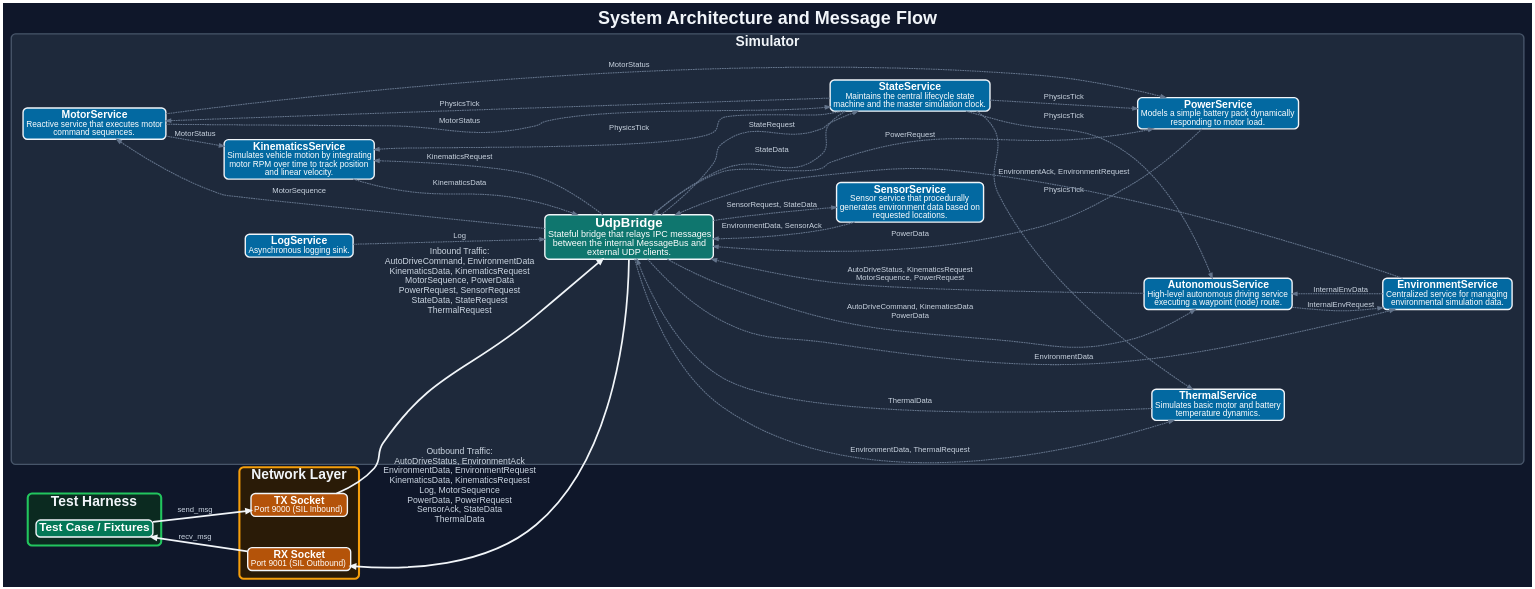
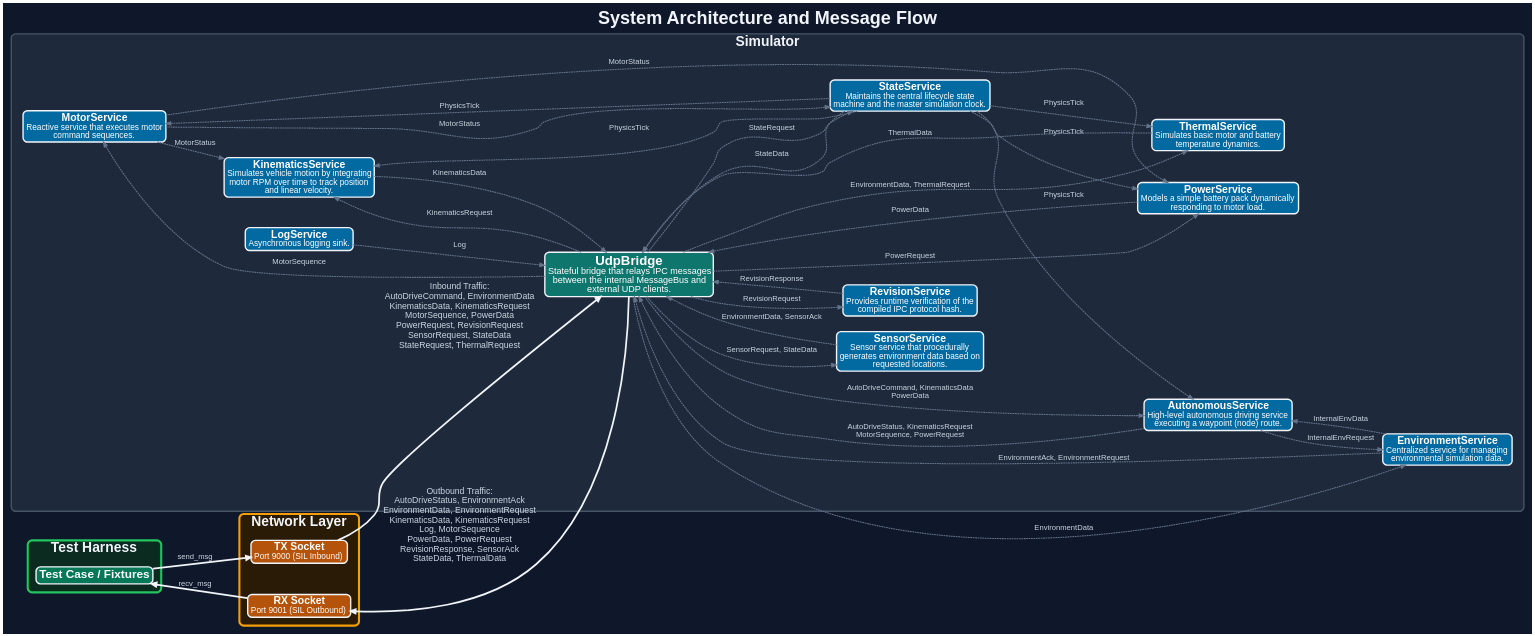
The diagram in doc/ipc/ipc_flow.dot (AxelBjork/reflect_pytest), drawn with Graphviz before and after one commit. The commit also changed 14 other files, not shown here.

Commit message:
add revision service

```diff
--- a/doc/ipc/ipc_flow.dot
+++ b/doc/ipc/ipc_flow.dot
@@ -1,165 +1,171 @@
 digraph IPC {
   rankdir=LR;
   bgcolor="#0F172A";
   pad=0.22;
   nodesep=0.62;
   ranksep=0.70;
   splines=spline;
   remincross=true;
 
   fontname="Helvetica,Arial,sans-serif";
   fontsize=52;
   fontcolor="#F1F5F9";
   label=<<B>System Architecture and Message Flow</B>>;
   labelloc="t";
 
   node [
     fontname="Helvetica,Arial,sans-serif",
     shape=rect,
     style="filled,rounded",
     fixedsize=false,
     margin="0.12,0.08",
     fontsize=28,
     fontcolor="#FFFFFF",
     penwidth=4,
     color="#F1F5F9"
   ];
 
   edge [
     fontname="Helvetica,Arial,sans-serif",
     fontsize=22,
     fontcolor="#CBD5E1",
     color="#64748B",
     penwidth=3.0,
     arrowsize=1.4,
     labelfloat=false,
     labeldistance=0.8,
     labelangle=10
   ];
 
   // --- Simulator ---
   subgraph cluster_sim {
     label=<<B><FONT POINT-SIZE="40">Simulator</FONT></B>>;
     fontcolor="#F1F5F9";
     style="rounded,filled";
     color="#475569";
     penwidth=4;
     fillcolor="#1E293B";
     margin=34;
     MotorService [
       fillcolor="#0369A1",
       label=<<B><FONT POINT-SIZE="30">MotorService</FONT></B><BR/><FONT POINT-SIZE="24">Reactive service that executes motor<BR/>command sequences.</FONT>>
     ];
     KinematicsService [
       fillcolor="#0369A1",
       label=<<B><FONT POINT-SIZE="30">KinematicsService</FONT></B><BR/><FONT POINT-SIZE="24">Simulates vehicle motion by integrating<BR/>motor RPM over time to track position<BR/>and linear velocity.</FONT>>
     ];
     PowerService [
       fillcolor="#0369A1",
       label=<<B><FONT POINT-SIZE="30">PowerService</FONT></B><BR/><FONT POINT-SIZE="24">Models a simple battery pack dynamically<BR/>responding to motor load.</FONT>>
     ];
     StateService [
       fillcolor="#0369A1",
       label=<<B><FONT POINT-SIZE="30">StateService</FONT></B><BR/><FONT POINT-SIZE="24">Maintains the central lifecycle state<BR/>machine and the master simulation clock.</FONT>>
     ];
     ThermalService [
       fillcolor="#0369A1",
       label=<<B><FONT POINT-SIZE="30">ThermalService</FONT></B><BR/><FONT POINT-SIZE="24">Simulates basic motor and battery<BR/>temperature dynamics.</FONT>>
     ];
     EnvironmentService [
       fillcolor="#0369A1",
       label=<<B><FONT POINT-SIZE="30">EnvironmentService</FONT></B><BR/><FONT POINT-SIZE="24">Centralized service for managing<BR/>environmental simulation data.</FONT>>
     ];
     AutonomousService [
       fillcolor="#0369A1",
       label=<<B><FONT POINT-SIZE="30">AutonomousService</FONT></B><BR/><FONT POINT-SIZE="24">High-level autonomous driving service<BR/>executing a waypoint (node) route.</FONT>>
     ];
     SensorService [
       fillcolor="#0369A1",
       label=<<B><FONT POINT-SIZE="30">SensorService</FONT></B><BR/><FONT POINT-SIZE="24">Sensor service that procedurally<BR/>generates environment data based on<BR/>requested locations.</FONT>>
     ];
+    RevisionService [
+      fillcolor="#0369A1",
+      label=<<B><FONT POINT-SIZE="30">RevisionService</FONT></B><BR/><FONT POINT-SIZE="24">Provides runtime verification of the<BR/>compiled IPC protocol hash.</FONT>>
+    ];
     LogService [
       fillcolor="#0369A1",
       label=<<B><FONT POINT-SIZE="30">LogService</FONT></B><BR/><FONT POINT-SIZE="24">Asynchronous logging sink.</FONT>>
     ];
     UdpBridge [
       fillcolor="#0F766E",
       label=<<B><FONT POINT-SIZE="38">UdpBridge</FONT></B><BR/><FONT POINT-SIZE="26">Stateful bridge that relays IPC messages<BR/>between the internal MessageBus and<BR/>external UDP clients.</FONT>>
     ];
   }
 
   // --- Network Layer bounding box (TX/RX) ---
   subgraph cluster_sockets {
     label=<<B><FONT POINT-SIZE="40">Network Layer</FONT></B>>;
     fontcolor="#F1F5F9";
     style="rounded,filled";
     color="#F59E0B";
     penwidth=6;
     fillcolor="#2A1B07";
     margin=24;
 
     { rank=same; TX; RX; }
 
     TX [
       fillcolor="#B45309",
       label=<<B><FONT POINT-SIZE="30">TX Socket</FONT></B><BR/><FONT POINT-SIZE="24">Port 9000 (SIL Inbound)</FONT>>
     ];
     RX [
       fillcolor="#B45309",
       label=<<B><FONT POINT-SIZE="30">RX Socket</FONT></B><BR/><FONT POINT-SIZE="24">Port 9001 (SIL Outbound)</FONT>>
     ];
 
     TX -> RX [style=invis, weight=50, constraint=false];
   }
 
   // --- Test Harness bounding box ---
   subgraph cluster_fixtures {
     label=<<B><FONT POINT-SIZE="40">Test Harness</FONT></B>>;
     fontcolor="#F1F5F9";
     style="rounded,filled";
     color="#22C55E";
     penwidth=6;
     fillcolor="#0B2A20";
     margin=24;
 
     TestCase [
       fillcolor="#047857",
       label=<<B><FONT POINT-SIZE="34">Test Case / Fixtures</FONT></B>>
     ];
   }
 
   TestCase -> TX [label="send_msg", color="#F1F5F9", penwidth=5];
-  TX -> UdpBridge [label="Inbound Traffic:\nAutoDriveCommand, EnvironmentData\nKinematicsData, KinematicsRequest\nMotorSequence, PowerData\nPowerRequest, SensorRequest\nStateData, StateRequest\nThermalRequest", color="#F1F5F9", penwidth=5, fontsize=25];
+  TX -> UdpBridge [label="Inbound Traffic:\nAutoDriveCommand, EnvironmentData\nKinematicsData, KinematicsRequest\nMotorSequence, PowerData\nPowerRequest, RevisionRequest\nSensorRequest, StateData\nStateRequest, ThermalRequest", color="#F1F5F9", penwidth=5, fontsize=25];
 
   // Internal Simulator Logic
   AutonomousService -> EnvironmentService [label="InternalEnvRequest", style=dashed];
   AutonomousService -> UdpBridge [label="AutoDriveStatus, KinematicsRequest\nMotorSequence, PowerRequest", style=dashed];
   EnvironmentService -> AutonomousService [label="InternalEnvData", style=dashed];
   EnvironmentService -> UdpBridge [label="EnvironmentAck, EnvironmentRequest", style=dashed];
   KinematicsService -> UdpBridge [label="KinematicsData", style=dashed];
   LogService -> UdpBridge [label="Log", style=dashed];
   MotorService -> KinematicsService [label="MotorStatus", style=dashed];
   MotorService -> PowerService [label="MotorStatus", style=dashed];
   MotorService -> StateService [label="MotorStatus", style=dashed];
   PowerService -> UdpBridge [label="PowerData", style=dashed];
+  RevisionService -> UdpBridge [label="RevisionResponse", style=dashed];
   SensorService -> UdpBridge [label="EnvironmentData, SensorAck", style=dashed];
   StateService -> AutonomousService [label="PhysicsTick", style=dashed];
   StateService -> KinematicsService [label="PhysicsTick", style=dashed];
   StateService -> MotorService [label="PhysicsTick", style=dashed];
   StateService -> PowerService [label="PhysicsTick", style=dashed];
   StateService -> ThermalService [label="PhysicsTick", style=dashed];
   StateService -> UdpBridge [label="StateData", style=dashed];
   ThermalService -> UdpBridge [label="ThermalData", style=dashed];
   UdpBridge -> AutonomousService [label="AutoDriveCommand, KinematicsData\nPowerData", style=dashed];
   UdpBridge -> EnvironmentService [label="EnvironmentData", style=dashed];
   UdpBridge -> KinematicsService [label="KinematicsRequest", style=dashed];
   UdpBridge -> MotorService [label="MotorSequence", style=dashed];
   UdpBridge -> PowerService [label="PowerRequest", style=dashed];
+  UdpBridge -> RevisionService [label="RevisionRequest", style=dashed];
   UdpBridge -> SensorService [label="SensorRequest, StateData", style=dashed];
   UdpBridge -> StateService [label="StateRequest", style=dashed];
   UdpBridge -> ThermalService [label="EnvironmentData, ThermalRequest", style=dashed];
 
   // Flow: Simulator -> Network -> Test Harness
-  RX -> UdpBridge [label="Outbound Traffic:\nAutoDriveStatus, EnvironmentAck\nEnvironmentData, EnvironmentRequest\nKinematicsData, KinematicsRequest\nLog, MotorSequence\nPowerData, PowerRequest\nSensorAck, StateData\nThermalData", color="#F1F5F9", penwidth=5, dir=back, fontsize=25, arrowtail=normal];
+  RX -> UdpBridge [label="Outbound Traffic:\nAutoDriveStatus, EnvironmentAck\nEnvironmentData, EnvironmentRequest\nKinematicsData, KinematicsRequest\nLog, MotorSequence\nPowerData, PowerRequest\nRevisionResponse, SensorAck\nStateData, ThermalData", color="#F1F5F9", penwidth=5, dir=back, fontsize=25, arrowtail=normal];
   TestCase -> RX [label="recv_msg", color="#F1F5F9", penwidth=5, dir=back, arrowtail=normal];
 }
```
